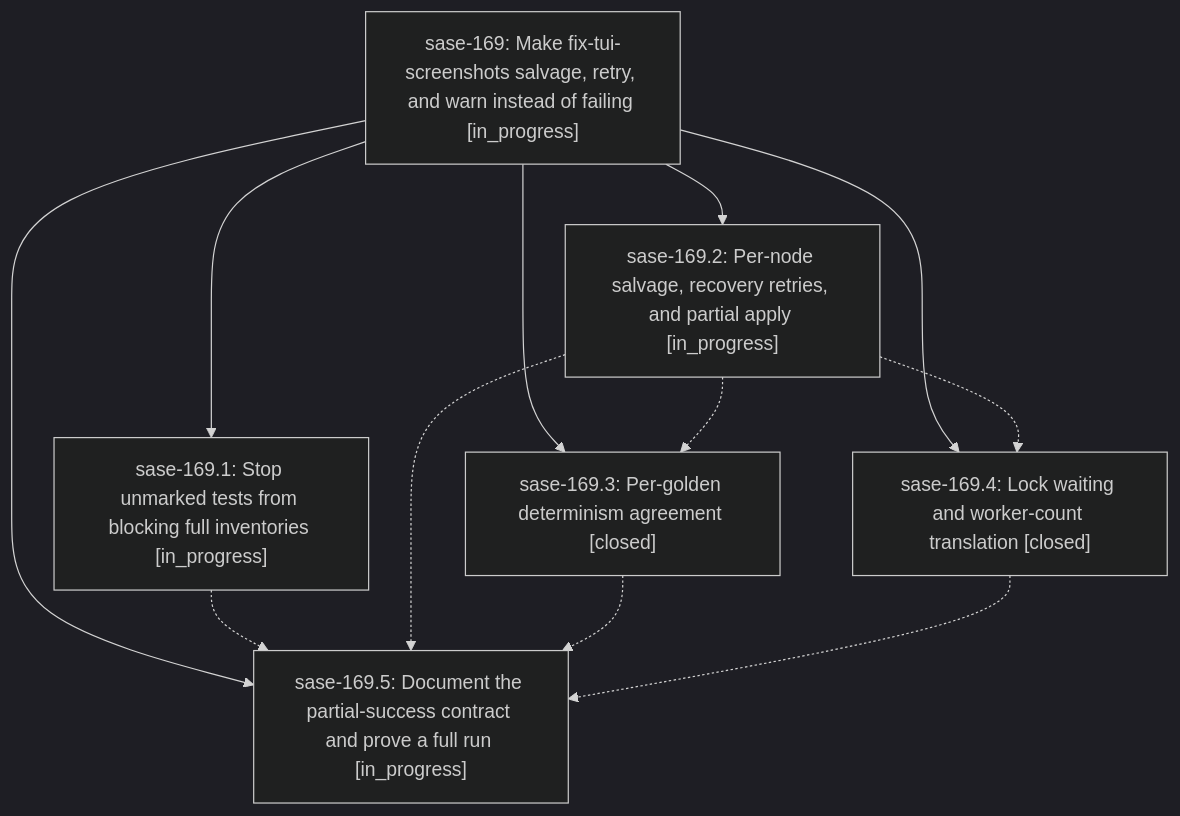
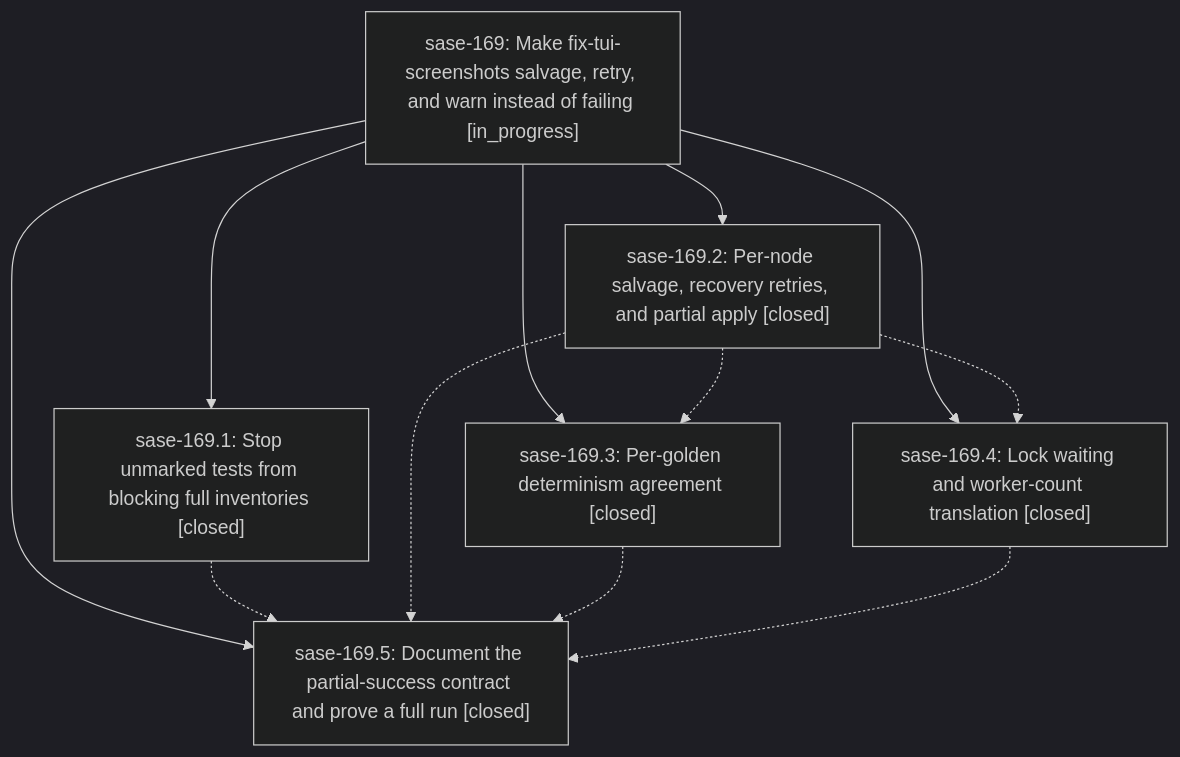
Before and after one commit to sase-org/sase--beads: the diagram in pages/sase-169/README.md, drawn with Mermaid (dark theme). The commit also changed other lines of this file and 5 other files, not shown here.

````diff
--- a/pages/sase-169/README.md
+++ b/pages/sase-169/README.md
@@ -26,20 +26,20 @@
 ```mermaid
 flowchart TD
     n0["sase-169: Make fix-tui-screenshots salvage, retry, and warn instead of failing [in_progress]"]
-    n1["sase-169.1: Stop unmarked tests from blocking full inventories [in_progress]"]
-    n2["sase-169.2: Per-node salvage, recovery retries, and partial apply [in_progress]"]
+    n1["sase-169.1: Stop unmarked tests from blocking full inventories [closed]"]
+    n2["sase-169.2: Per-node salvage, recovery retries, and partial apply [closed]"]
     n3["sase-169.3: Per-golden determinism agreement [closed]"]
     n4["sase-169.4: Lock waiting and worker-count translation [closed]"]
-    n5["sase-169.5: Document the partial-success contract and prove a full run [in_progress]"]
+    n5["sase-169.5: Document the partial-success contract and prove a full run [closed]"]
     n0 --> n1
     n0 --> n2
     n0 --> n3
     n0 --> n4
     n0 --> n5
     n1 -.-> n5
     n2 -.-> n3
     n2 -.-> n4
     n2 -.-> n5
     n3 -.-> n5
     n4 -.-> n5
 ```
````
